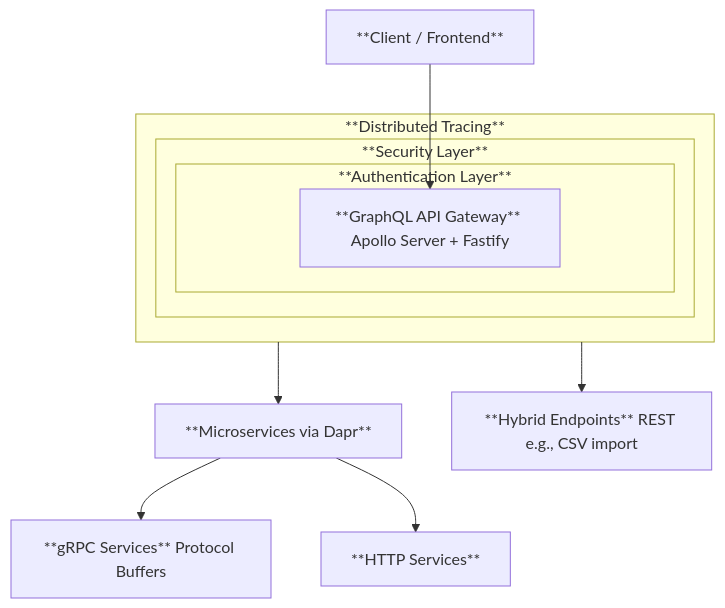
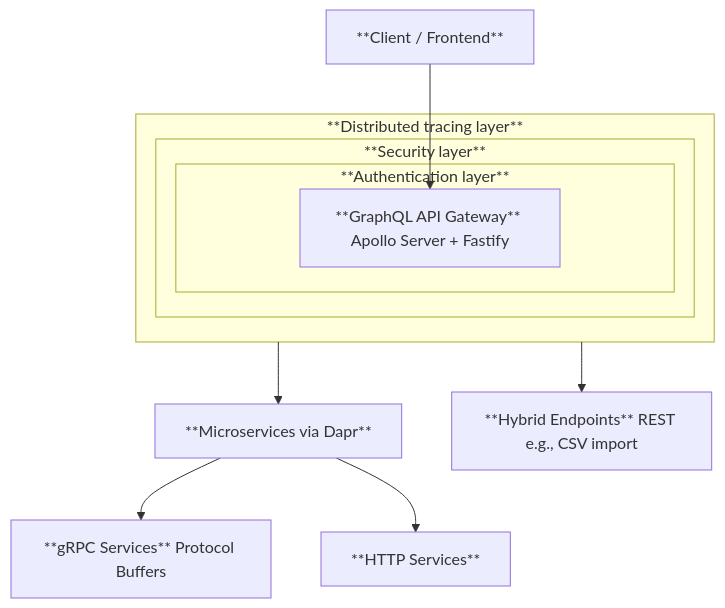
The diagram in app/api-gateway/introduction/README.md (sbhrwl/microservices), drawn with Mermaid before and after one commit.

````diff
--- a/app/api-gateway/introduction/README.md
+++ b/app/api-gateway/introduction/README.md
@@ -13,17 +13,17 @@
 ```mermaid
 graph TD
     A["**Client / Frontend**"] --> B["**GraphQL API Gateway** Apollo Server + Fastify"]
-    subgraph L1 ["**Authentication Layer**"]
+    subgraph L1 ["**Authentication layer**"]
         B
     end
-    subgraph L2 ["**Security Layer**"]
+    subgraph L2 ["**Security layer**"]
         L1
     end
-    subgraph L3 ["**Distributed Tracing**"]
+    subgraph L3 ["**Distributed tracing layer**"]
         L2
     end
     L3 --> F["**Microservices via Dapr**"]
     L3 --> I["**Hybrid Endpoints** REST e.g., CSV import"]
     F --> G["**gRPC Services** Protocol Buffers"]
     F --> H["**HTTP Services**"]
 ```
````
